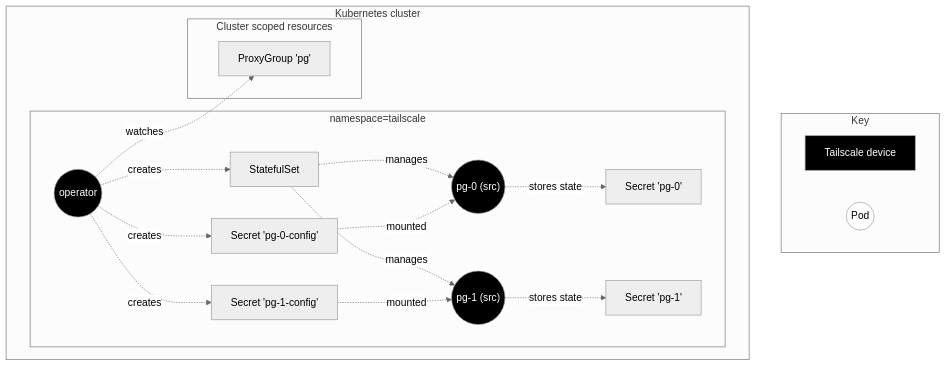
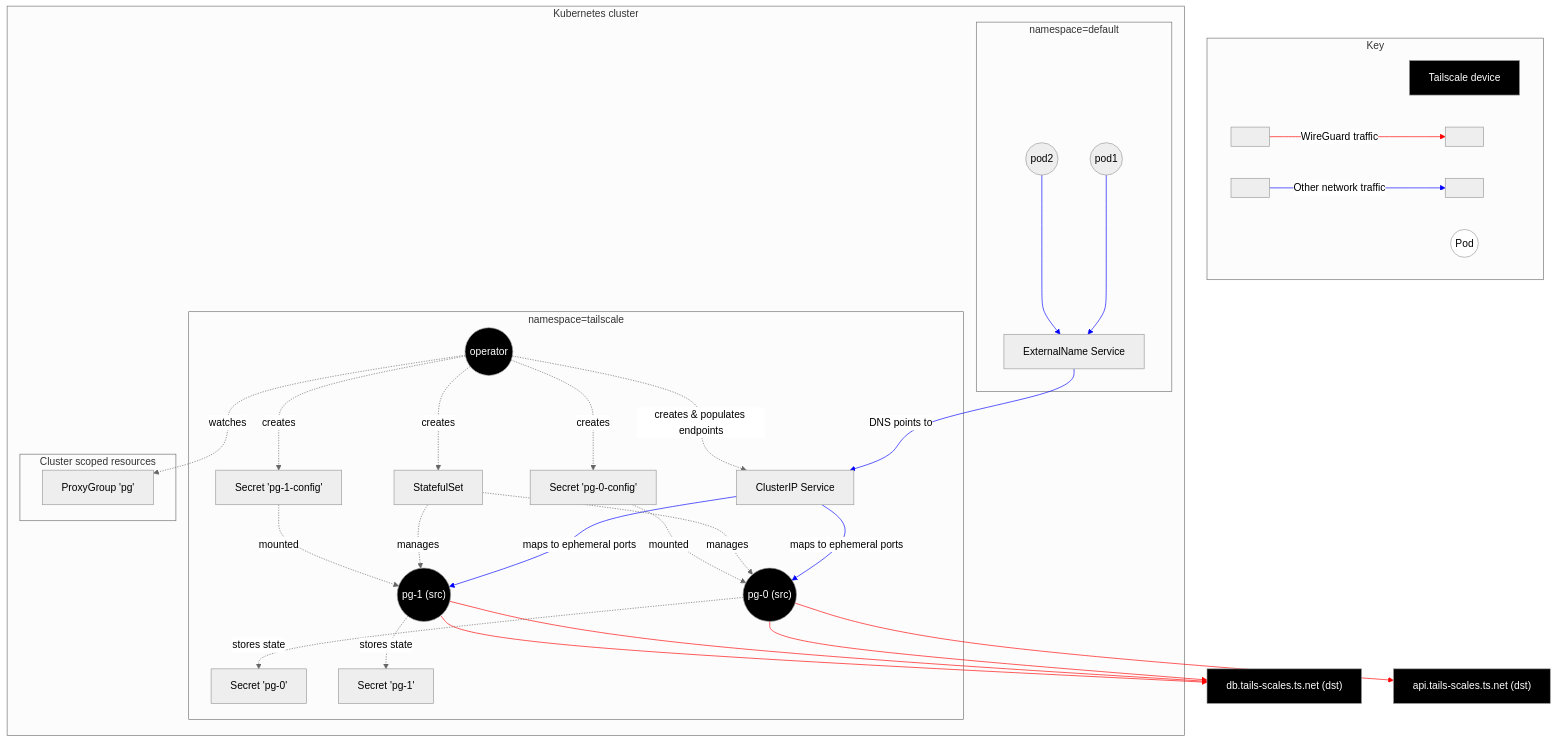
Before and after one commit to tailscale/tailscale: the fifth of 7 diagrams in docs/k8s/operator-architecture.md, drawn with Mermaid. The commit also changed other lines of this file, not shown here.

Commit message:
Review feedback; more colours + data flow for ProxyGroup

````diff
--- a/docs/k8s/operator-architecture.md
+++ b/docs/k8s/operator-architecture.md
@@ -245,40 +272,74 @@
 ```mermaid
 %%{ init: { 'theme':'neutral' } }%%
 
 flowchart TD
     classDef tsnode color:#fff,fill:#000;
     classDef pod fill:#fff;
 
     subgraph Key
         ts[Tailscale device]:::tsnode
         pod((Pod)):::pod
+        blank[" "]-->|WireGuard traffic|blank2[" "]
+        blank3[" "]-->|Other network traffic|blank4[" "]
     end
 
     subgraph k8s[Kubernetes cluster]
         subgraph tailscale-ns[namespace=tailscale]
             operator((operator)):::tsnode
             pg-sts[StatefulSet]
             pg-0(("pg-0 (src)")):::tsnode
             pg-1(("pg-1 (src)")):::tsnode
+            cluster-ip-svc[ClusterIP Service]
             cfg-secret-0["Secret 'pg-0-config'"]
             cfg-secret-1["Secret 'pg-1-config'"]
             state-secret-0["Secret 'pg-0'"]
             state-secret-1["Secret 'pg-1'"]
         end
 
         subgraph cluster-scope["Cluster scoped resources"]
             pg["ProxyGroup 'pg'"]
         end
+
+        subgraph defaultns[namespace=default]
+            svc[ExternalName Service]
+            pod1((pod1)) --> svc
+            pod2((pod2)) --> svc
+        end
     end
+
+    db["db.tails-scales.ts.net (dst)"]:::tsnode
+    api["api.tails-scales.ts.net (dst)"]:::tsnode
+
+    svc -->|DNS points to| cluster-ip-svc
+    cluster-ip-svc -->|maps to ephemeral ports| pg-0
+    cluster-ip-svc -->|maps to ephemeral ports| pg-1
+    pg-0 --> db
+    pg-0 --> api
+    pg-1 --> db
+    pg-1 --> db
+    operator -.->|creates & populates endpoints| cluster-ip-svc
     operator-.->|watches| pg
     operator -.->|creates| pg-sts
     pg-sts -.->|manages| pg-0
     pg-sts -.->|manages| pg-1
     operator -.->|creates| cfg-secret-0
     operator -.->|creates| cfg-secret-1
     cfg-secret-0 -.->|mounted| pg-0
     cfg-secret-1 -.->|mounted| pg-1
     pg-0 -.->|stores state| state-secret-0
     pg-1 -.->|stores state| state-secret-1
 
+    linkStyle 0 stroke:red;
+    linkStyle 7 stroke:red;
+    linkStyle 8 stroke:red;
+    linkStyle 9 stroke:red;
+    linkStyle 10 stroke:red;
+
+    linkStyle 1 stroke:blue;
+    linkStyle 2 stroke:blue;
+    linkStyle 3 stroke:blue;
+    linkStyle 4 stroke:blue;
+    linkStyle 5 stroke:blue;
+    linkStyle 6 stroke:blue;
+
 ```
````
